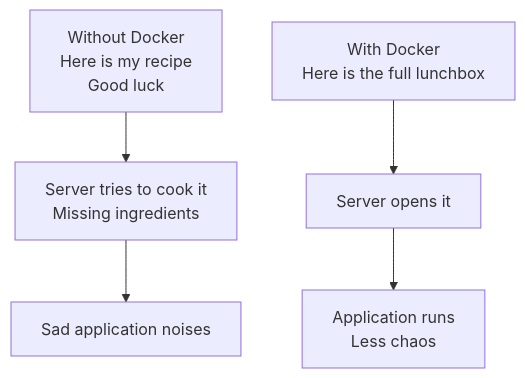
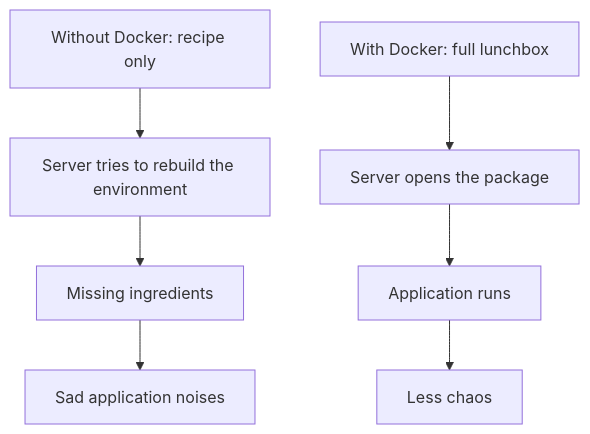
One commit to amit4996/learn-k8s-az changed the second of 7 diagrams in Ch1.Docker/readme.md. Above: the diagram before and after it, drawn with Mermaid. The commit also changed other lines of this file, not shown here.

Commit message:
adding docker

````diff
--- a/Ch1.Docker/readme.md
+++ b/Ch1.Docker/readme.md
@@ -96,8 +96,10 @@
 ```mermaid
 flowchart TD
-    A["Without Docker<br/>Here is my recipe<br/>Good luck"] --> B["Server tries to cook it<br/>Missing ingredients"]
-    B --> C["Sad application noises"]
+    A[Without Docker: recipe only] --> B[Server tries to rebuild the environment]
+    B --> C[Missing ingredients]
+    C --> D[Sad application noises]
 
-    D["With Docker<br/>Here is the full lunchbox"] --> E["Server opens it"]
-    E --> F["Application runs<br/>Less chaos"]
+    E[With Docker: full lunchbox] --> F[Server opens the package]
+    F --> G[Application runs]
+    G --> H[Less chaos]
 ```
````
